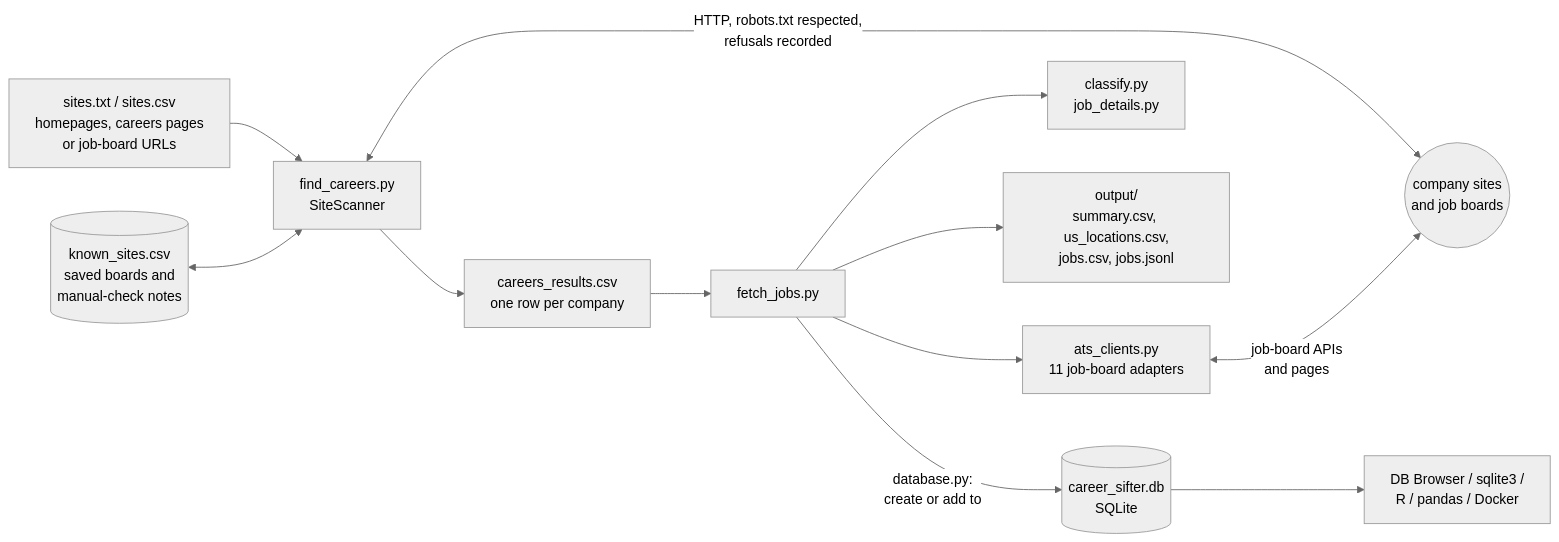
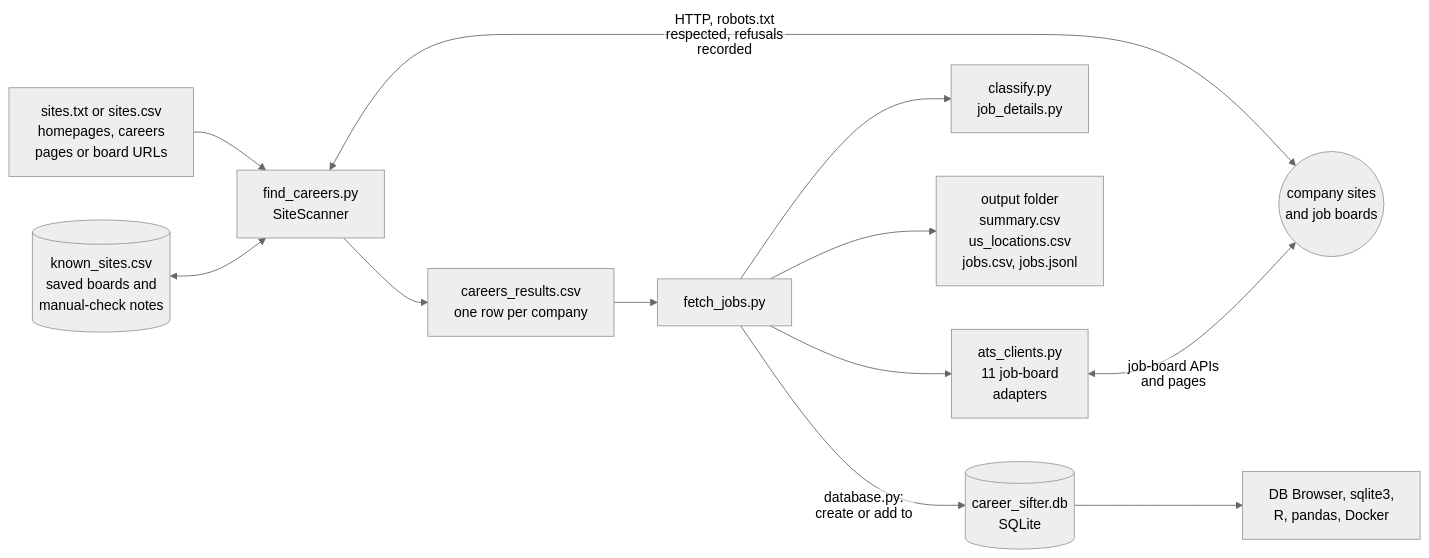
The first of 7 diagrams in ARCHITECTURE.md (gonzalou77/career-sifter), drawn with Mermaid (neutral theme) before and after one commit. The commit also changed other lines of this file, not shown here.

First line of the commit message:
Fix clipped text in architecture diagrams

````diff
--- a/ARCHITECTURE.md
+++ b/ARCHITECTURE.md
@@ -22,25 +22,26 @@
 ```mermaid
+%%{init: {"flowchart": {"htmlLabels": false}} }%%
 flowchart LR
-    input["sites.txt / sites.csv<br/>homepages, careers pages<br/>or job-board URLs"]
+    input["sites.txt or sites.csv<br/>homepages, careers<br/>pages or board URLs"]
     known[("known_sites.csv<br/>saved boards and<br/>manual-check notes")]
     fc["find_careers.py<br/>SiteScanner"]
     results["careers_results.csv<br/>one row per company"]
     fj["fetch_jobs.py"]
-    clients["ats_clients.py<br/>11 job-board adapters"]
+    clients["ats_clients.py<br/>11 job-board<br/>adapters"]
     tag["classify.py<br/>job_details.py"]
-    out["output/<br/>summary.csv, us_locations.csv,<br/>jobs.csv, jobs.jsonl"]
+    out["output folder<br/>summary.csv<br/>us_locations.csv<br/>jobs.csv, jobs.jsonl"]
     db[("career_sifter.db<br/>SQLite")]
     web(("company sites<br/>and job boards"))
-    tools["DB Browser / sqlite3 /<br/>R / pandas / Docker"]
+    tools["DB Browser, sqlite3,<br/>R, pandas, Docker"]
 
     input --> fc
     known <--> fc
-    fc <-->|"HTTP, robots.txt respected,<br/>refusals recorded"| web
+    fc <-->|"HTTP, robots.txt<br/>respected, refusals<br/>recorded"| web
     fc --> results --> fj
     fj --> clients
     clients <-->|"job-board APIs<br/>and pages"| web
     fj --> tag
     fj --> out
     fj -->|"database.py:<br/>create or add to"| db
     db --> tools
 ```
````
